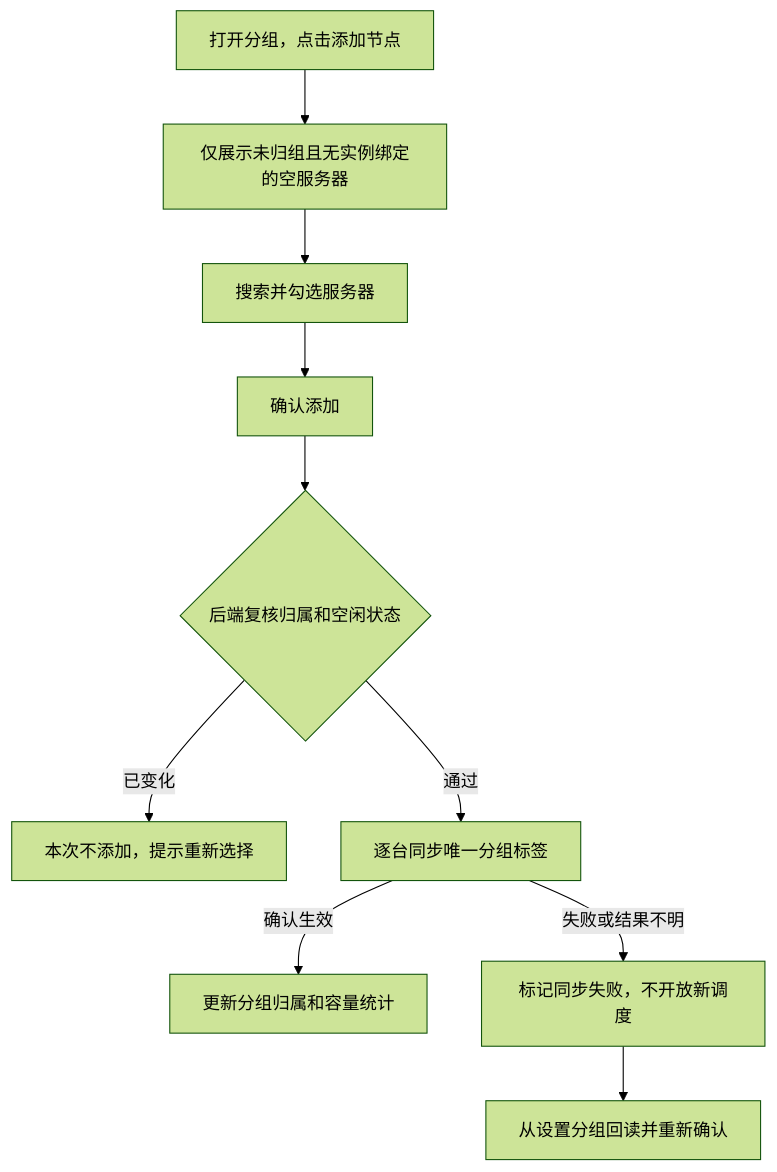
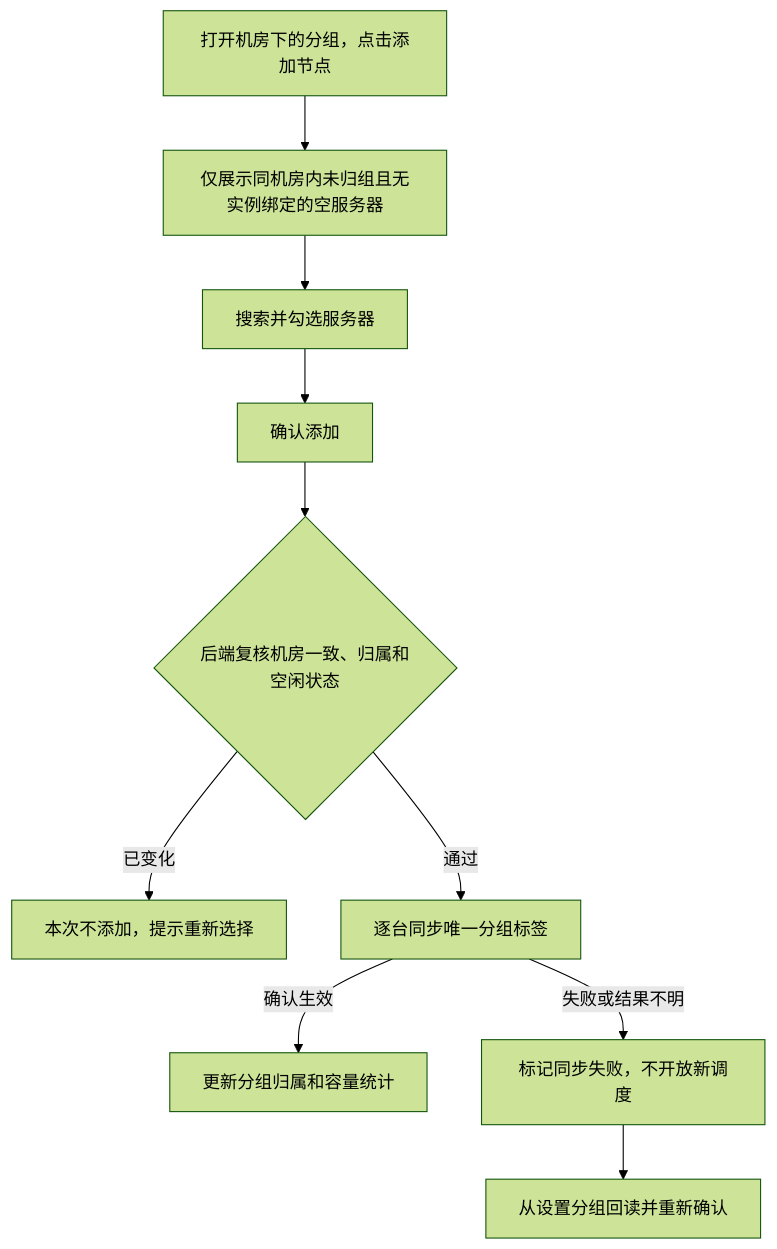
Before and after one commit to ks00171017-sk/onelinkai-console-preview: the second of 3 diagrams in public/prototypes/运营端/GPU资源分组-流程图.md, drawn with Mermaid (forest theme). The commit also changed other lines of this file and 1 other file, not shown here.

````diff
--- a/public/prototypes/运营端/GPU资源分组-流程图.md
+++ b/public/prototypes/运营端/GPU资源分组-流程图.md
@@ -37,12 +45,12 @@
 ```mermaid
 flowchart TD
-  openNodes["打开分组，点击添加节点"] --> candidates["仅展示未归组且无实例绑定的空服务器"]
+  openNodes["打开机房下的分组，点击添加节点"] --> candidates["仅展示同机房内未归组且无实例绑定的空服务器"]
   candidates --> selectNodes["搜索并勾选服务器"]
   selectNodes --> submitNodes["确认添加"]
-  submitNodes --> recheck{"后端复核归属和空闲状态"}
+  submitNodes --> recheck{"后端复核机房一致、归属和空闲状态"}
   recheck -->|"已变化"| reject["本次不添加，提示重新选择"]
   recheck -->|"通过"| writeLabel["逐台同步唯一分组标签"]
   writeLabel -->|"确认生效"| active["更新分组归属和容量统计"]
   writeLabel -->|"失败或结果不明"| uncertain["标记同步失败，不开放新调度"]
   uncertain --> reconcile["从设置分组回读并重新确认"]
 ```
````
